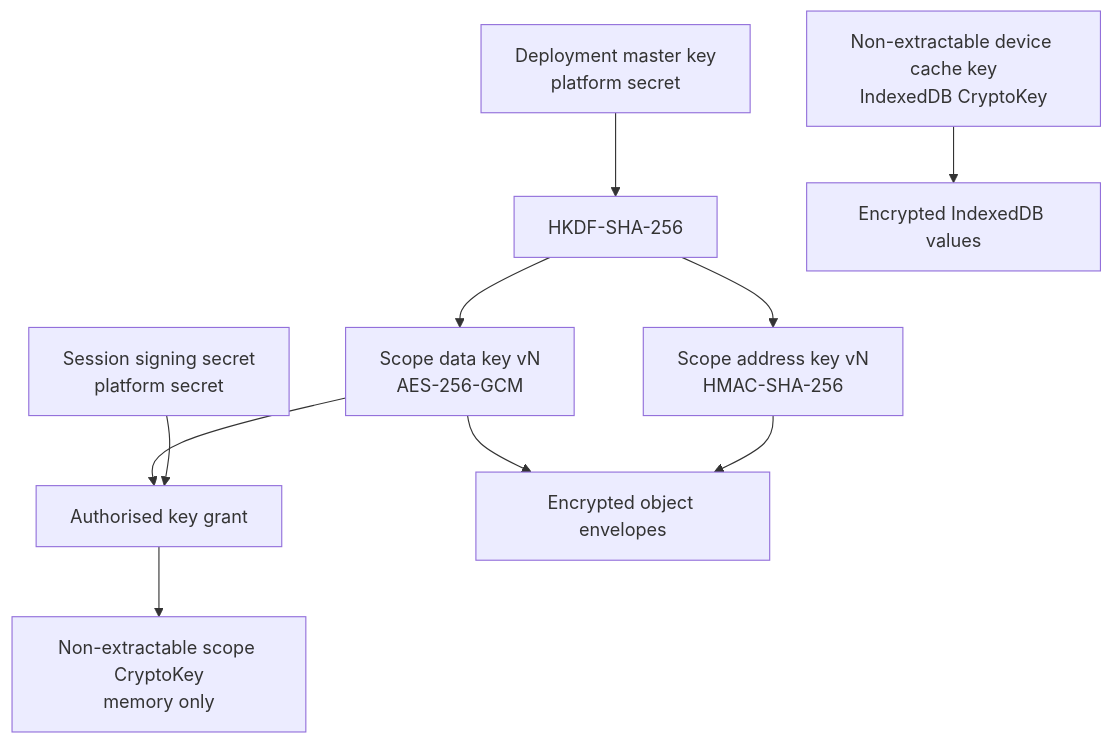
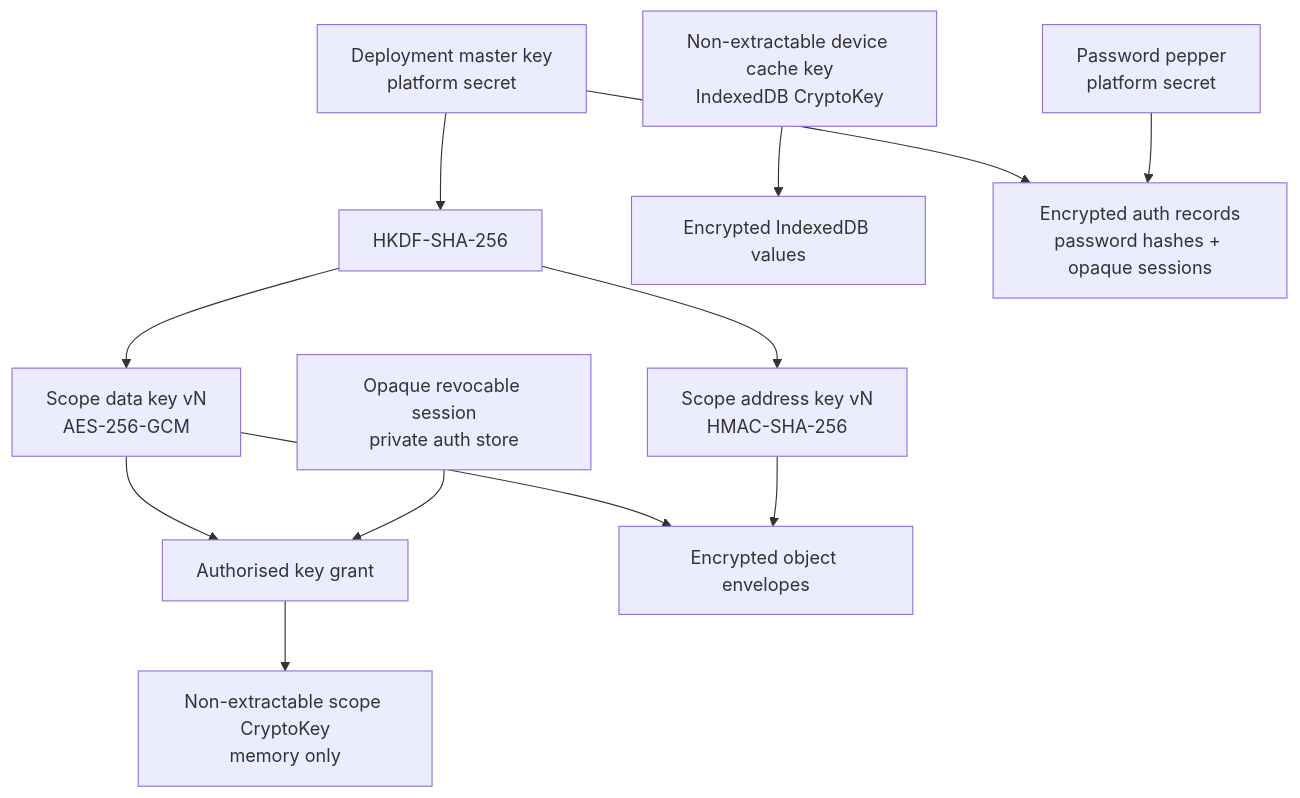
Before and after one commit to Jason-Doyle/thimble: the fourth of 7 diagrams in docs/DIAGRAMS.md, drawn with Mermaid. The commit also changed other lines of this file and 47 other files, not shown here.

````diff
--- a/docs/DIAGRAMS.md
+++ b/docs/DIAGRAMS.md
@@ -133,23 +135,27 @@
 ```mermaid
 flowchart TD
   Master["Deployment master key<br/>platform secret"]
-  SessionSecret["Session signing secret<br/>platform secret"]
+  Pepper["Password pepper<br/>platform secret"]
   HKDF["HKDF-SHA-256"]
   ScopeData["Scope data key vN<br/>AES-256-GCM"]
   ScopeAddress["Scope address key vN<br/>HMAC-SHA-256"]
   Grant["Authorised key grant"]
   BrowserKey["Non-extractable scope CryptoKey<br/>memory only"]
   DeviceKey["Non-extractable device cache key<br/>IndexedDB CryptoKey"]
   Persistent["Encrypted IndexedDB values"]
   Objects["Encrypted object envelopes"]
+  AuthStore["Encrypted auth records<br/>password hashes + opaque sessions"]
 
   Master --> HKDF
   HKDF --> ScopeData
   HKDF --> ScopeAddress
   ScopeData --> Objects
   ScopeAddress --> Objects
+  Master --> AuthStore
+  Pepper --> AuthStore
   ScopeData --> Grant
   Grant --> BrowserKey
   DeviceKey --> Persistent
-  SessionSecret --> Grant
+  SessionRecord["Opaque revocable session<br/>private auth store"]
+  SessionRecord --> Grant
 ```
````
